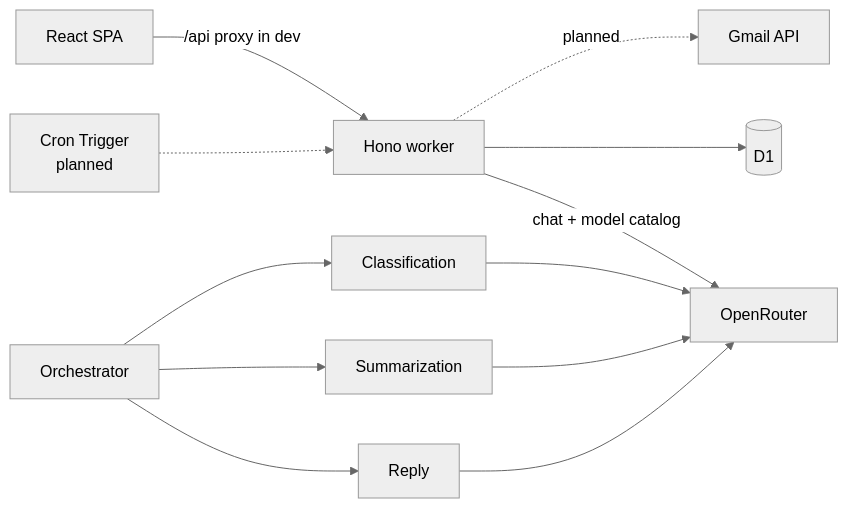
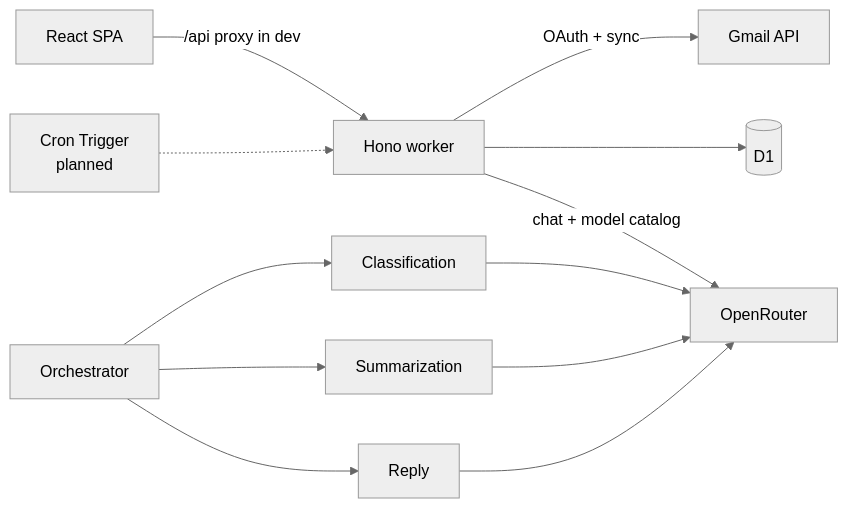
Before and after one commit to rakidoodle/mailpilot-ai: the diagram in README.md, drawn with Mermaid (neutral theme). The commit also changed other lines of this file and 11 other files, not shown here.

Commit message:
feat: add Gmail OAuth, encrypted token storage, and manual sync

````diff
--- a/README.md
+++ b/README.md
@@ -46,12 +48,12 @@
 ```mermaid
 flowchart LR
   B[React SPA] -->|/api proxy in dev| W[Hono worker]
   W --> D[(D1)]
   W -->|chat + model catalog| O[OpenRouter]
   A[Orchestrator] --> C[Classification]
   A --> S[Summarization]
   A --> R[Reply]
   C & S & R --> O
-  W -.planned.-> G[Gmail API]
+  W -->|OAuth + sync| G[Gmail API]
   C2[Cron Trigger<br/>planned] -.-> W
 ```
````
